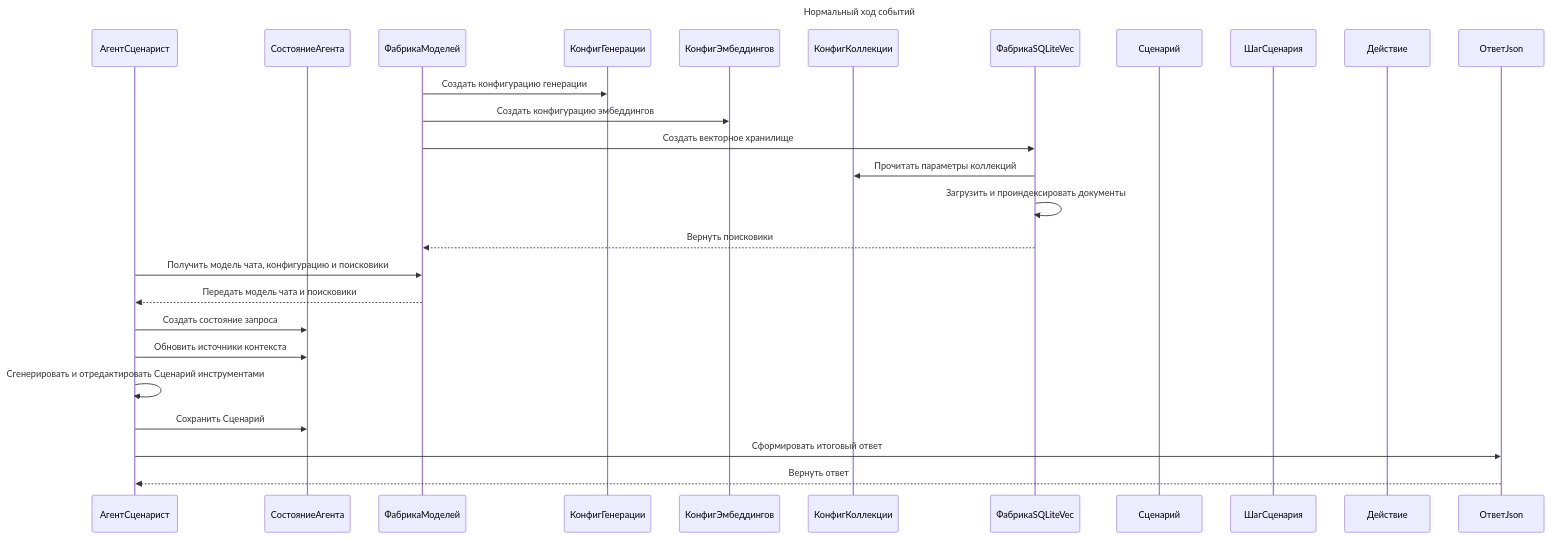
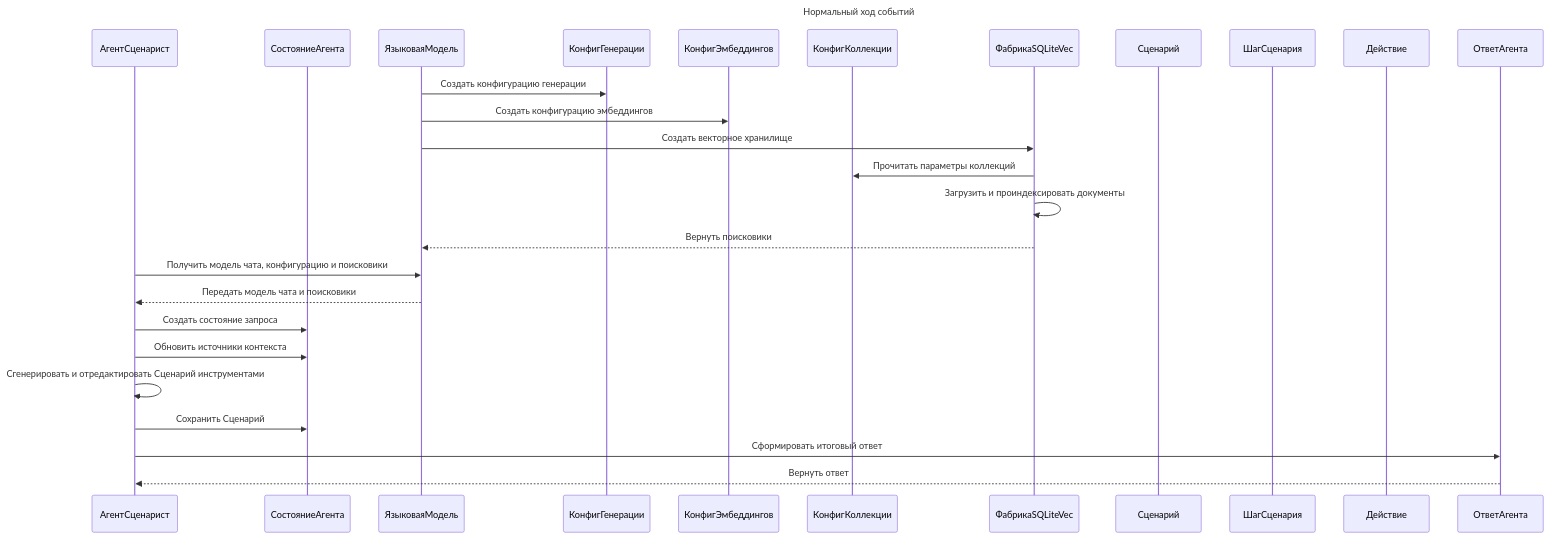
The first of 3 diagrams in Пакет Обработка эмбеддингов/2. Диаграмма последовательностей взаимодействия объектов классов пакета.md (CHSU-scenarAIst/diagrammy), drawn with Mermaid before and after one commit. The commit also changed other lines of this file and 7 other files, not shown here.

````diff
--- a/Пакет Обработка эмбеддингов/2. Диаграмма последовательностей взаимодействия объектов классов пакета.md
+++ b/Пакет Обработка эмбеддингов/2. Диаграмма последовательностей взаимодействия объектов классов пакета.md
@@ -15,32 +15,32 @@
 ```mermaid
 ---
 title: Нормальный ход событий
 ---
 sequenceDiagram
     participant АгентСценарист
     participant СостояниеАгента
-    participant ФабрикаМоделей
+    participant ЯзыковаяМодель
     participant КонфигГенерации
     participant КонфигЭмбеддингов
     participant КонфигКоллекции
     participant ФабрикаSQLiteVec
     participant Сценарий
     participant ШагСценария
     participant Действие
-    participant ОтветJson
+    participant ОтветАгента
 
-    ФабрикаМоделей->>КонфигГенерации: Создать конфигурацию генерации
-    ФабрикаМоделей->>КонфигЭмбеддингов: Создать конфигурацию эмбеддингов
-    ФабрикаМоделей->>ФабрикаSQLiteVec: Создать векторное хранилище
+    ЯзыковаяМодель->>КонфигГенерации: Создать конфигурацию генерации
+    ЯзыковаяМодель->>КонфигЭмбеддингов: Создать конфигурацию эмбеддингов
+    ЯзыковаяМодель->>ФабрикаSQLiteVec: Создать векторное хранилище
     ФабрикаSQLiteVec->>КонфигКоллекции: Прочитать параметры коллекций
     ФабрикаSQLiteVec->>ФабрикаSQLiteVec: Загрузить и проиндексировать документы
-    ФабрикаSQLiteVec-->>ФабрикаМоделей: Вернуть поисковики
-    АгентСценарист->>ФабрикаМоделей: Получить модель чата, конфигурацию и поисковики
-    ФабрикаМоделей-->>АгентСценарист: Передать модель чата и поисковики
+    ФабрикаSQLiteVec-->>ЯзыковаяМодель: Вернуть поисковики
+    АгентСценарист->>ЯзыковаяМодель: Получить модель чата, конфигурацию и поисковики
+    ЯзыковаяМодель-->>АгентСценарист: Передать модель чата и поисковики
     АгентСценарист->>СостояниеАгента: Создать состояние запроса
     АгентСценарист->>СостояниеАгента: Обновить источники контекста
     АгентСценарист->>АгентСценарист: Сгенерировать и отредактировать Сценарий инструментами
     АгентСценарист->>СостояниеАгента: Сохранить Сценарий
-    АгентСценарист->>ОтветJson: Сформировать итоговый ответ
-    ОтветJson-->>АгентСценарист: Вернуть ответ
+    АгентСценарист->>ОтветАгента: Сформировать итоговый ответ
+    ОтветАгента-->>АгентСценарист: Вернуть ответ
 ```
````
